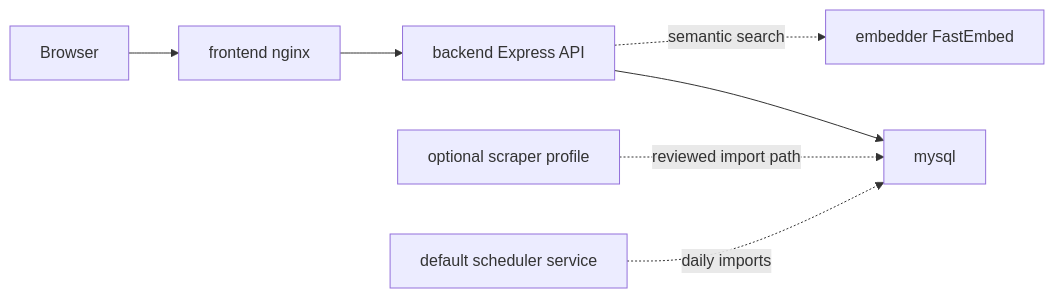
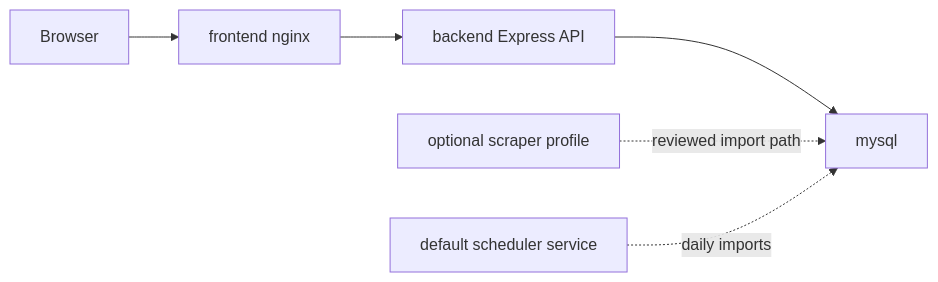
One commit to ChaddBrenner/ElonMealsDB changed the diagram in README.md. Above: the diagram before and after it, drawn with Mermaid. The commit also changed other lines of this file and 23 other files, not shown here.

````diff
--- a/README.md
+++ b/README.md
@@ -48,9 +48,8 @@
 ```mermaid
 flowchart LR
   Browser["Browser"] --> Frontend["frontend nginx"]
   Frontend --> Backend["backend Express API"]
   Backend --> MySQL["mysql"]
-  Backend -. "semantic search" .-> Embedder["embedder FastEmbed"]
   Scraper["optional scraper profile"] -. "reviewed import path" .-> MySQL
   Scheduler["default scheduler service"] -. "daily imports" .-> MySQL
 ```
````
